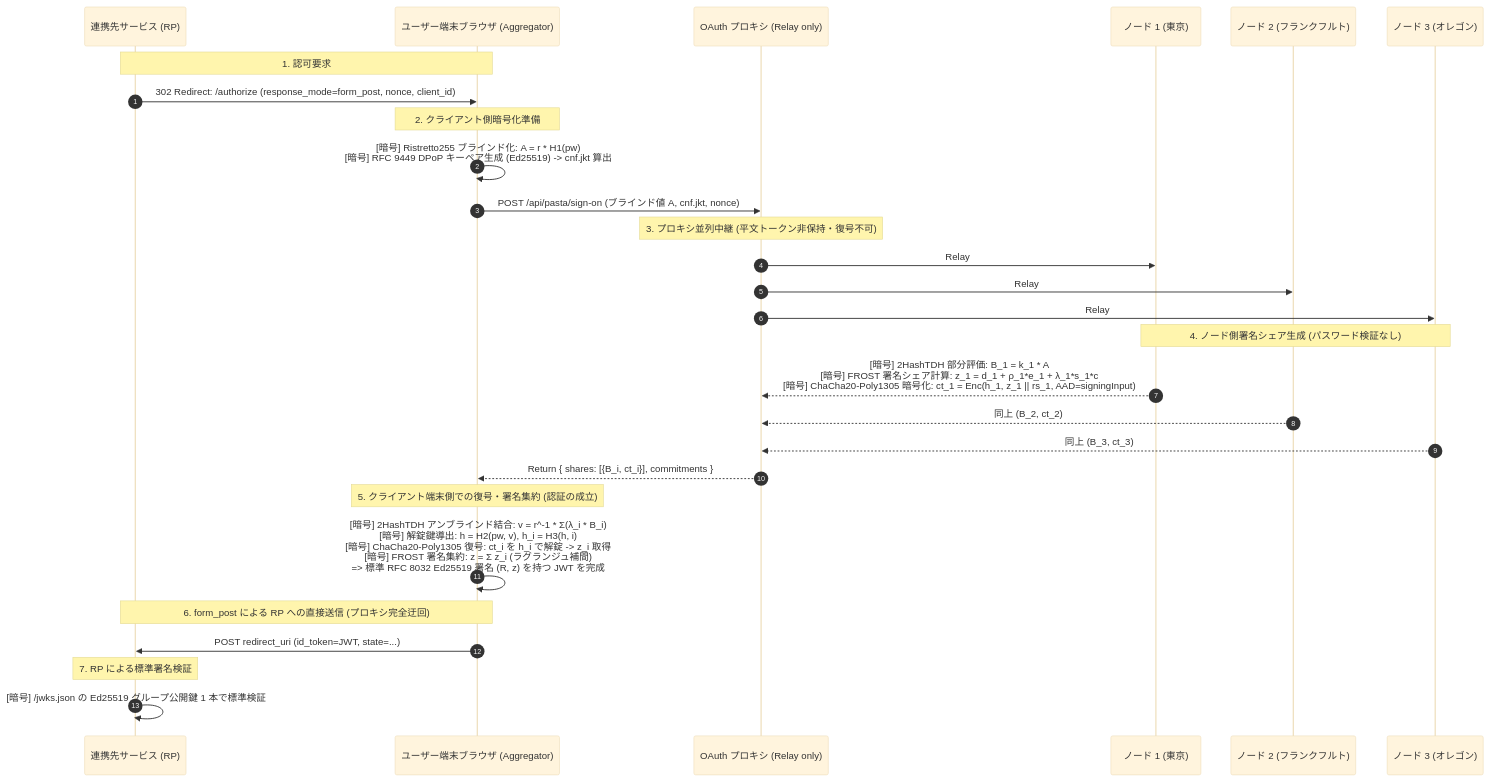
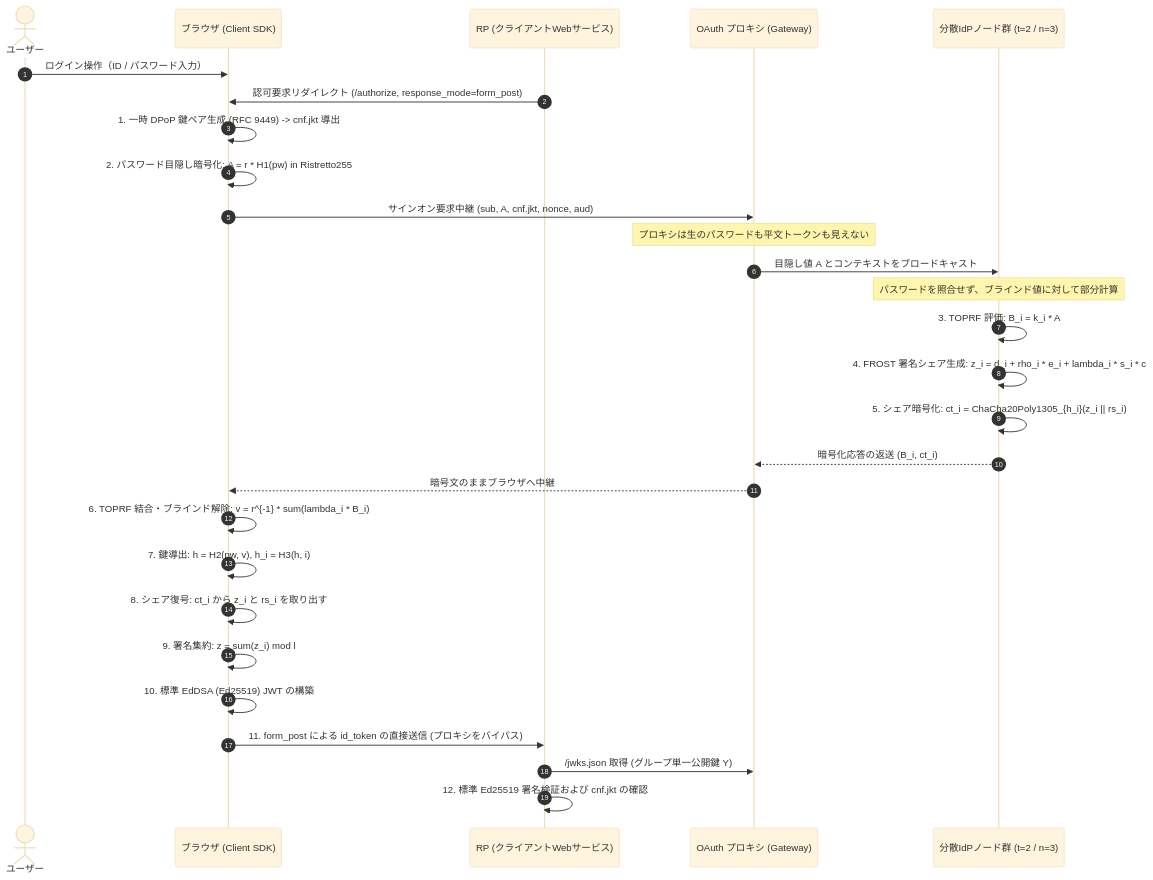
Before and after one commit to sururu-k/decentralized_identity_provider: the diagram in README.md, drawn with Mermaid (base theme). The commit also changed other lines of this file and 2 other files, not shown here.

````diff
--- a/README.md
+++ b/README.md
@@ -26,37 +15,31 @@
 ```mermaid
 sequenceDiagram
     autonumber
-    participant RP as 連携先サービス (RP)
-    participant B as ユーザー端末ブラウザ (Aggregator)
-    participant P as OAuth プロキシ (Relay only)
-    participant N1 as ノード 1 (東京)
-    participant N2 as ノード 2 (フランクフルト)
-    participant N3 as ノード 3 (オレゴン)
+    actor User as ユーザー
+    participant Browser as ブラウザ (Client SDK)
+    participant RP as RP (クライアントWebサービス)
+    participant Proxy as OAuth プロキシ (Gateway)
+    participant Nodes as 分散IdPノード群 (t=2 / n=3)
 
-    Note over RP,B: 1. 認可要求
-    RP->>B: 302 Redirect: /authorize (response_mode=form_post, nonce, client_id)
-
-    Note over B: 2. クライアント側暗号化準備
-    B->>B: [暗号] Ristretto255 ブラインド化: A = r * H1(pw)<br/>[暗号] RFC 9449 DPoP キーペア生成 (Ed25519) -> cnf.jkt 算出
-    B->>P: POST /api/pasta/sign-on (ブラインド値 A, cnf.jkt, nonce)
-
-    Note over P: 3. プロキシ並列中継 (平文トークン非保持・復号不可)
-    P->>N1: Relay
-    P->>N2: Relay
-    P->>N3: Relay
-
-    Note over N1,N3: 4. ノード側署名シェア生成 (パスワード検証なし)
-    N1-->>P: [暗号] 2HashTDH 部分評価: B_1 = k_1 * A<br/>[暗号] FROST 署名シェア計算: z_1 = d_1 + ρ_1*e_1 + λ_1*s_1*c<br/>[暗号] ChaCha20-Poly1305 暗号化: ct_1 = Enc(h_1, z_1 || rs_1, AAD=signingInput)
-    N2-->>P: 同上 (B_2, ct_2)
-    N3-->>P: 同上 (B_3, ct_3)
-
-    P-->>B: Return { shares: [{B_i, ct_i}], commitments }
-
-    Note over B: 5. クライアント端末側での復号・署名集約 (認証の成立)
-    B->>B: [暗号] 2HashTDH アンブラインド結合: v = r^-1 * Σ(λ_i * B_i)<br/>[暗号] 解錠鍵導出: h = H2(pw, v), h_i = H3(h, i)<br/>[暗号] ChaCha20-Poly1305 復号: ct_i を h_i で解錠 -> z_i 取得<br/>[暗号] FROST 署名集約: z = Σ z_i (ラグランジュ補間)<br/>=> 標準 RFC 8032 Ed25519 署名 (R, z) を持つ JWT を完成
-
-    Note over B,RP: 6. form_post による RP への直接送信 (プロキシ完全迂回)
-    B->>RP: POST redirect_uri (id_token=JWT, state=...)
-    Note over RP: 7. RP による標準署名検証
-    RP->>RP: [暗号] /jwks.json の Ed25519 グループ公開鍵 1 本で標準検証
+    User->>Browser: ログイン操作（ID / パスワード入力）
+    RP->>Browser: 認可要求リダイレクト (/authorize, response_mode=form_post)
+    Browser->>Browser: 1. 一時 DPoP 鍵ペア生成 (RFC 9449) -> cnf.jkt 導出
+    Browser->>Browser: 2. パスワード目隠し暗号化: A = r * H1(pw) in Ristretto255
+    Browser->>Proxy: サインオン要求中継 (sub, A, cnf.jkt, nonce, aud)
+    Note over Proxy: プロキシは生のパスワードも平文トークンも見えない
+    Proxy->>Nodes: 目隠し値 A とコンテキストをブロードキャスト
+    Note over Nodes: パスワードを照合せず、ブラインド値に対して部分計算
+    Nodes->>Nodes: 3. TOPRF 評価: B_i = k_i * A
+    Nodes->>Nodes: 4. FROST 署名シェア生成: z_i = d_i + rho_i * e_i + lambda_i * s_i * c
+    Nodes->>Nodes: 5. シェア暗号化: ct_i = ChaCha20Poly1305_{h_i}(z_i || rs_i)
+    Nodes-->>Proxy: 暗号化応答の返送 (B_i, ct_i)
+    Proxy-->>Browser: 暗号文のままブラウザへ中継
+    Browser->>Browser: 6. TOPRF 結合・ブラインド解除: v = r^{-1} * sum(lambda_i * B_i)
+    Browser->>Browser: 7. 鍵導出: h = H2(pw, v), h_i = H3(h, i)
+    Browser->>Browser: 8. シェア復号: ct_i から z_i と rs_i を取り出す
+    Browser->>Browser: 9. 署名集約: z = sum(z_i) mod l
+    Browser->>Browser: 10. 標準 EdDSA (Ed25519) JWT の構築
+    Browser->>RP: 11. form_post による id_token の直接送信 (プロキシをバイパス)
+    RP->>Proxy: /jwks.json 取得 (グループ単一公開鍵 Y)
+    RP->>RP: 12. 標準 Ed25519 署名検証および cnf.jkt の確認
 ```
````
